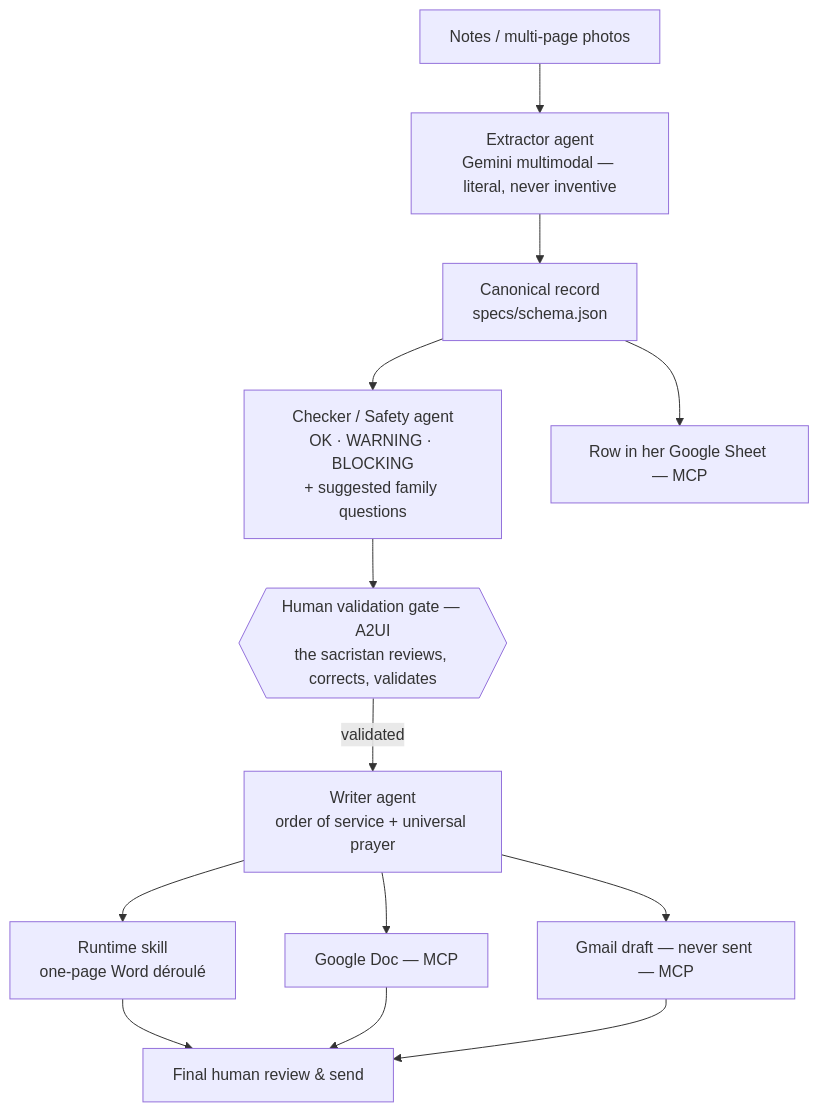
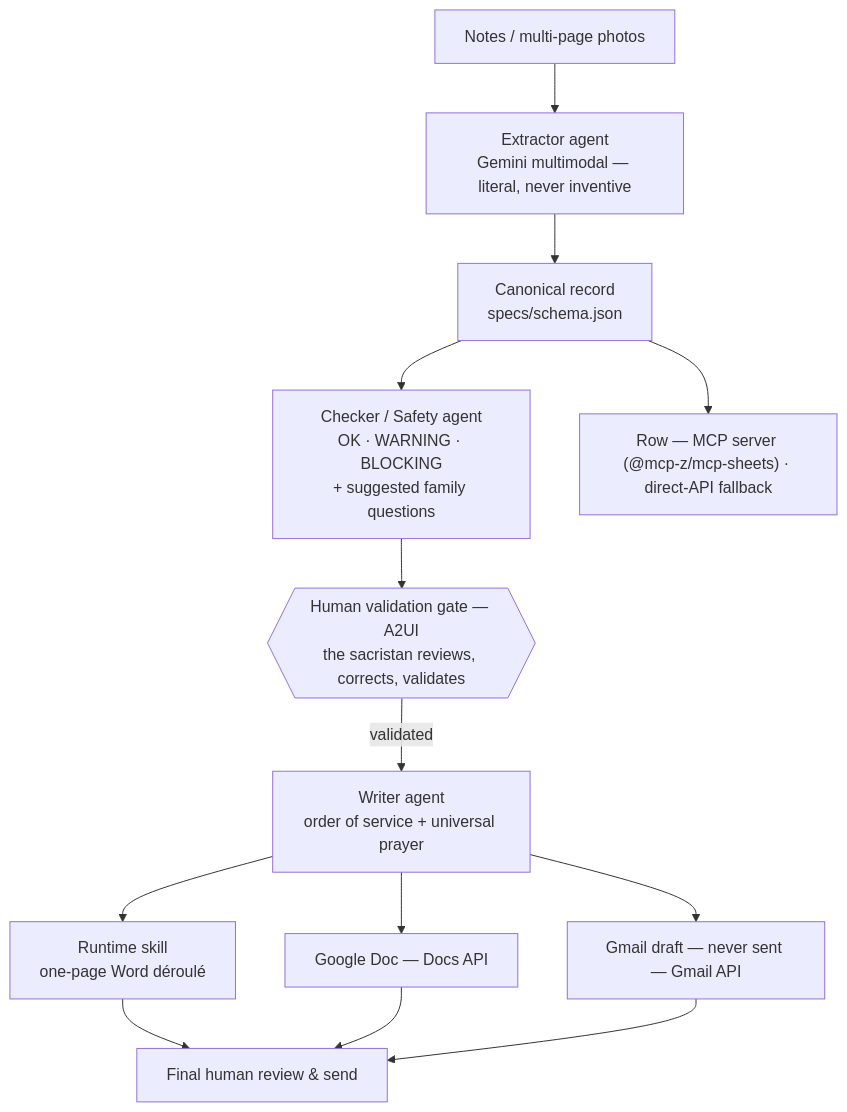
One commit to MaryleneH/assistant-obseques changed the diagram in README.md. Above: the diagram before and after it, drawn with Mermaid. The commit also changed other lines of this file and 1 other file, not shown here.

First line of the commit message:
docs(mcp): align README EN/FR with the real integration — MCP-first Sheets with fallback, direct APIs for Docs/Gmail, prod flag documented

````diff
--- a/README.md
+++ b/README.md
@@ -65,15 +65,15 @@
 ```mermaid
 flowchart TD
     N[Notes / multi-page photos] --> EXT[Extractor agent<br/>Gemini multimodal — literal, never inventive]
     EXT --> REC[Canonical record<br/>specs/schema.json]
     REC --> CHK[Checker / Safety agent<br/>OK · WARNING · BLOCKING<br/>+ suggested family questions]
     CHK --> GATE{{Human validation gate — A2UI<br/>the sacristan reviews, corrects, validates}}
     GATE -->|validated| WRI[Writer agent<br/>order of service + universal prayer]
     WRI --> DOCX[Runtime skill<br/>one-page Word déroulé]
-    WRI --> DOC[Google Doc — MCP]
-    WRI --> MAIL[Gmail draft — never sent — MCP]
-    REC --> SHEET[Row in her Google Sheet — MCP]
+    WRI --> DOC[Google Doc — Docs API]
+    WRI --> MAIL[Gmail draft — never sent — Gmail API]
+    REC --> SHEET["Row — MCP server (@mcp-z/mcp-sheets) · direct-API fallback"]
     DOCX --> FIN[Final human review & send]
     DOC --> FIN
     MAIL --> FIN
 ```
````
